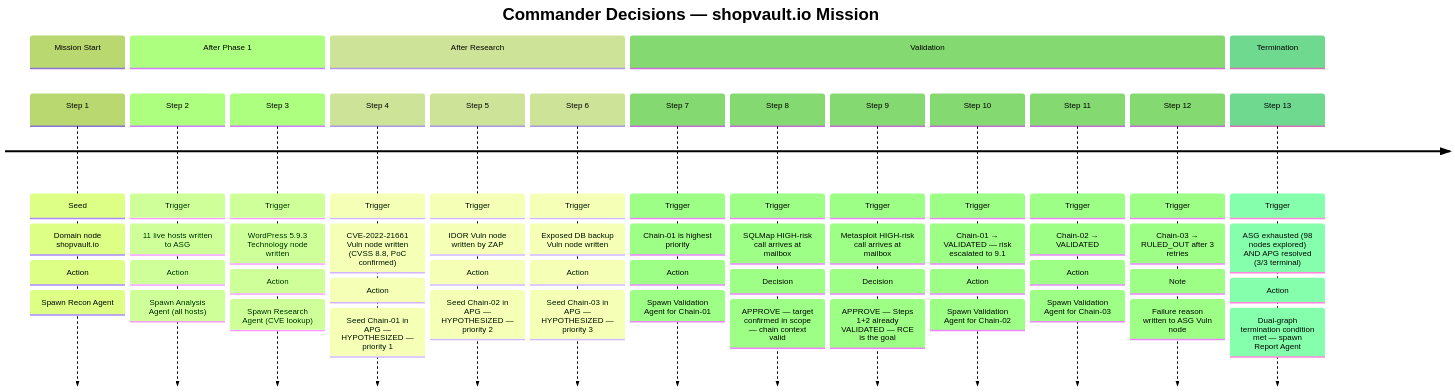
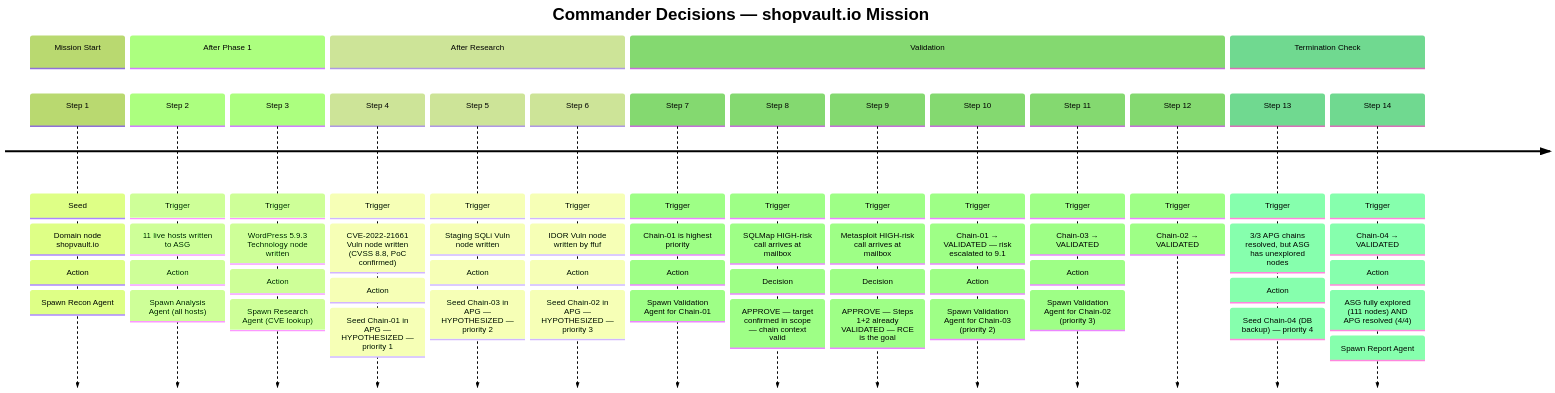
One commit to nishan-paul-2022/cmatrix-agentic-red-team changed the second of 4 diagrams in docs/paper-thesis/ppt/explanation/module-07-methodology-and-research.md. Above: the diagram before and after it, drawn with Mermaid (forest theme). The commit also changed other lines of this file, not shown here.

````diff
--- a/docs/paper-thesis/ppt/explanation/module-07-methodology-and-research.md
+++ b/docs/paper-thesis/ppt/explanation/module-07-methodology-and-research.md
@@ -446,35 +448,37 @@
 ```mermaid
 timeline
     title Commander Decisions — shopvault.io Mission
     section Mission Start
         Step 1  : Seed: Domain node shopvault.io
                 : Action: Spawn Recon Agent
     section After Phase 1
         Step 2  : Trigger: 11 live hosts written to ASG
                 : Action: Spawn Analysis Agent (all hosts)
         Step 3  : Trigger: WordPress 5.9.3 Technology node written
                 : Action: Spawn Research Agent (CVE lookup)
     section After Research
         Step 4  : Trigger: CVE-2022-21661 Vuln node written (CVSS 8.8, PoC confirmed)
                 : Action: Seed Chain-01 in APG — HYPOTHESIZED — priority 1
-        Step 5  : Trigger: IDOR Vuln node written by ZAP
-                : Action: Seed Chain-02 in APG — HYPOTHESIZED — priority 2
-        Step 6  : Trigger: Exposed DB backup Vuln node written
-                : Action: Seed Chain-03 in APG — HYPOTHESIZED — priority 3
+        Step 5  : Trigger: Staging SQLi Vuln node written
+                : Action: Seed Chain-03 in APG — HYPOTHESIZED — priority 2
+        Step 6  : Trigger: IDOR Vuln node written by ffuf
+                : Action: Seed Chain-02 in APG — HYPOTHESIZED — priority 3
     section Validation
         Step 7  : Trigger: Chain-01 is highest priority
                 : Action: Spawn Validation Agent for Chain-01
         Step 8  : Trigger: SQLMap HIGH-risk call arrives at mailbox
                 : Decision: APPROVE — target confirmed in scope — chain context valid
         Step 9  : Trigger: Metasploit HIGH-risk call arrives at mailbox
                 : Decision: APPROVE — Steps 1+2 already VALIDATED — RCE is the goal
         Step 10 : Trigger: Chain-01 → VALIDATED — risk escalated to 9.1
-                : Action: Spawn Validation Agent for Chain-02
-        Step 11 : Trigger: Chain-02 → VALIDATED
-                : Action: Spawn Validation Agent for Chain-03
-        Step 12 : Trigger: Chain-03 → RULED_OUT after 3 retries
-                : Note: Failure reason written to ASG Vuln node
-    section Termination
-        Step 13 : Trigger: ASG exhausted (98 nodes explored) AND APG resolved (3/3 terminal)
-                : Action: Dual-graph termination condition met — spawn Report Agent
+                : Action: Spawn Validation Agent for Chain-03 (priority 2)
+        Step 11 : Trigger: Chain-03 → VALIDATED
+                : Action: Spawn Validation Agent for Chain-02 (priority 3)
+        Step 12 : Trigger: Chain-02 → VALIDATED
+    section Termination Check
+        Step 13 : Trigger: 3/3 APG chains resolved, but ASG has unexplored nodes
+                : Action: Seed Chain-04 (DB backup) — priority 4
+        Step 14 : Trigger: Chain-04 → VALIDATED
+                : Action: ASG fully explored (111 nodes) AND APG resolved (4/4)
+                : Spawn Report Agent
 ```
````
